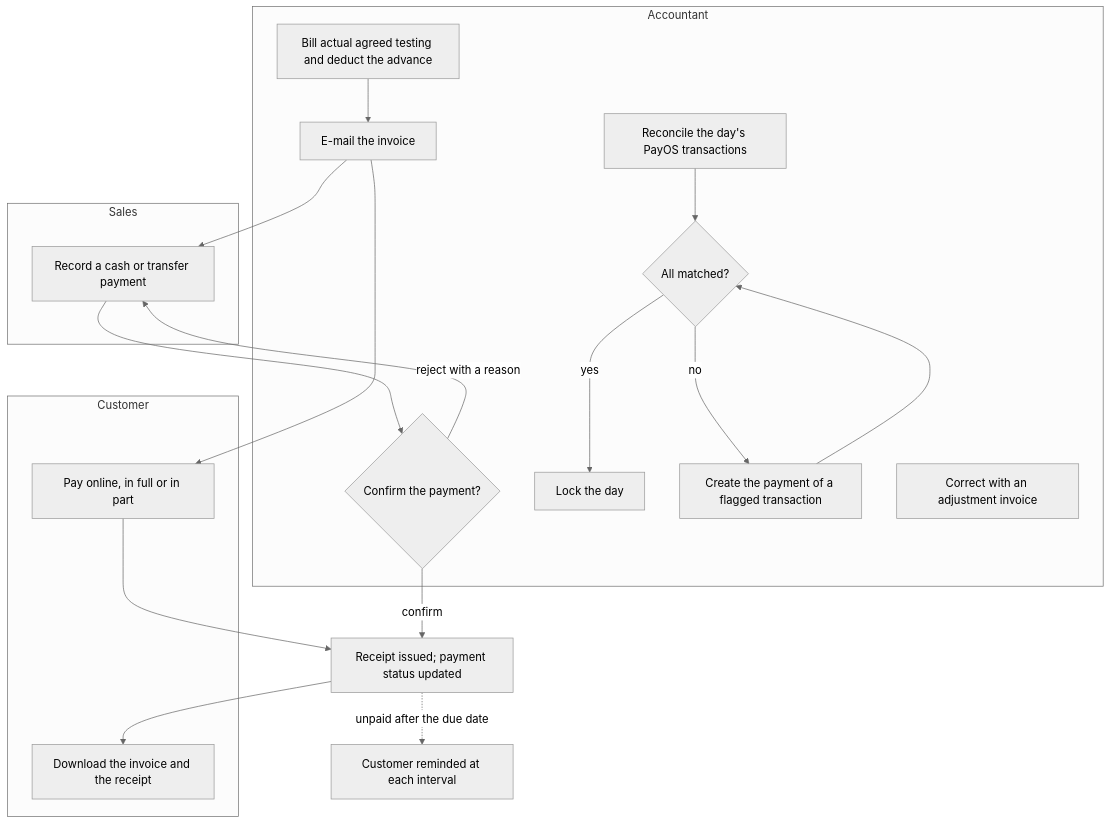
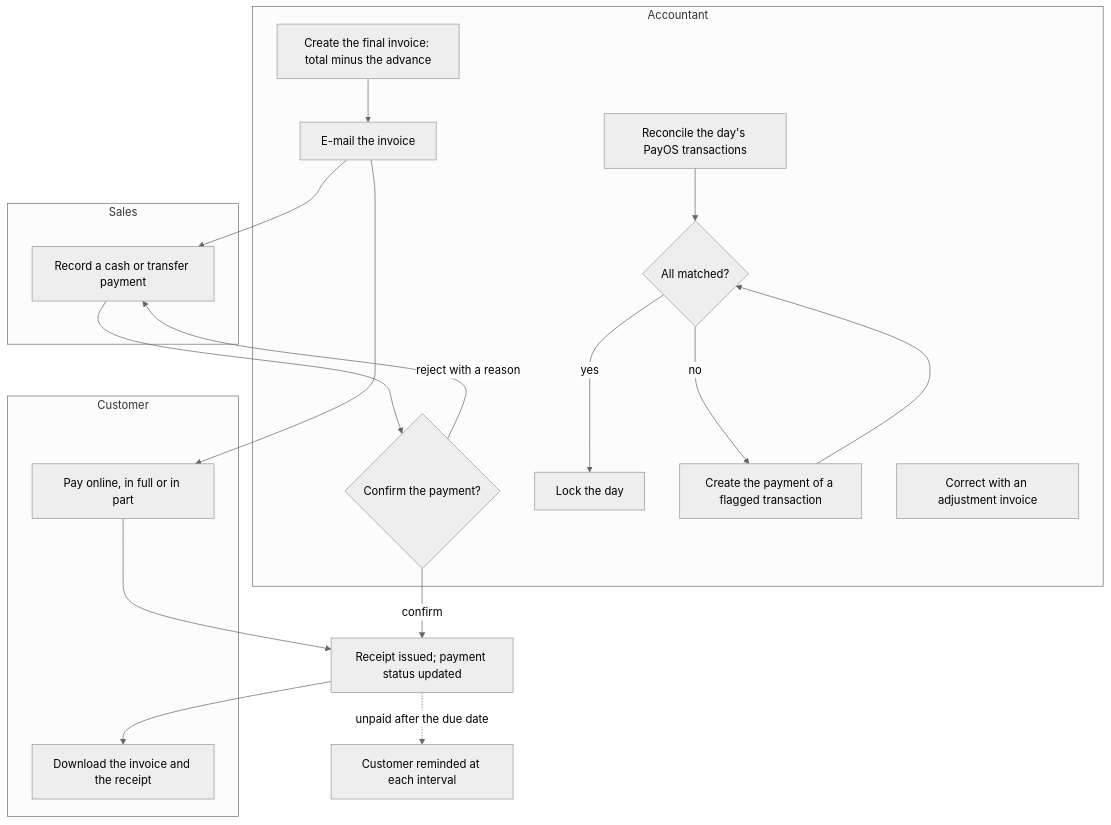
Before and after one commit to SoltuneMontepre/medilab: the eighth of 16 diagrams in docs/functional/business-flows.md, drawn with Mermaid (neutral theme). The commit also changed other lines of this file and 11 other files, not shown here.

````diff
--- a/docs/functional/business-flows.md
+++ b/docs/functional/business-flows.md
@@ -382,25 +382,25 @@
 ```mermaid
 flowchart TD
     subgraph lane19 ["Accountant"]
-        a1["Bill actual agreed testing and deduct the advance"] --> a2[E-mail the invoice]
+        a1["Create the final invoice: total minus the advance"] --> a2[E-mail the invoice]
         a3{Confirm the payment?}
         a4[Reconcile the day's PayOS transactions] --> a5{All matched?}
         a5 -->|yes| a6[Lock the day]
         a5 -->|no| a7[Create the payment of a flagged transaction]
         a8[Correct with an adjustment invoice]
     end
     subgraph lane20 ["Sales"]
         s1[Record a cash or transfer payment]
     end
     subgraph lane21 ["Customer"]
         c1[Pay online, in full or in part]
         c2[Download the invoice and the receipt]
     end
     a2 --> c1
     a2 --> s1 --> a3
     a3 -->|reject with a reason| s1
     a3 -->|confirm| r["Receipt issued; payment status updated"] --> c2
     c1 --> r
     a7 --> a5
     r -.->|unpaid after the due date| reminder[Customer reminded at each interval]
 ```
````
